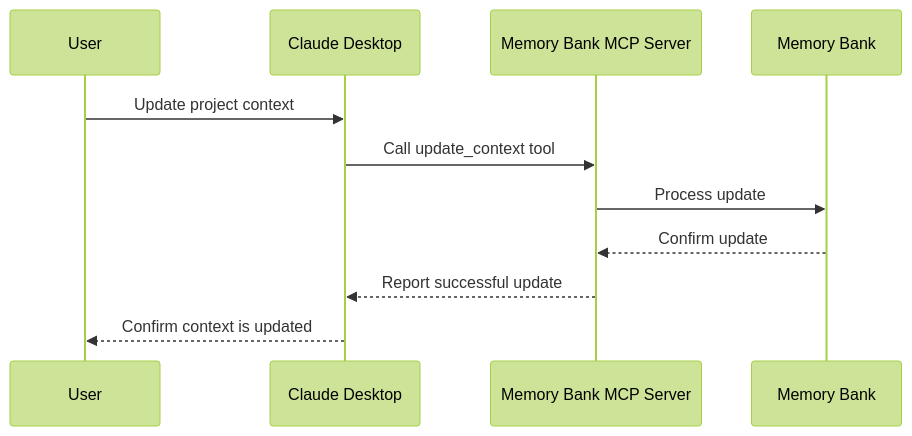
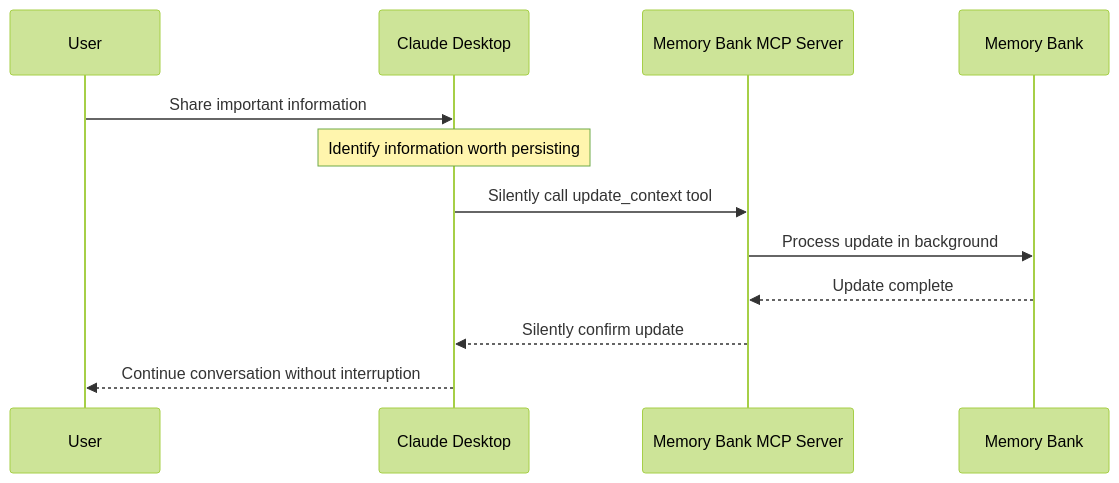
The ninth of 9 diagrams in doc/mcp-design.md (philippe-guerit/claude-desktop-memory-bank), drawn with Mermaid (forest theme) before and after one commit. The commit also changed other lines of this file and 4 other files, not shown here.

````diff
--- a/doc/mcp-design.md
+++ b/doc/mcp-design.md
@@ -264,14 +273,15 @@
 ```mermaid
 sequenceDiagram
     participant User
     participant CD as Claude Desktop
     participant MCP as Memory Bank MCP Server
     participant MB as Memory Bank
     
-    User->>CD: Update project context
-    CD->>MCP: Call update_context tool
-    MCP->>MB: Process update
-    MB-->>MCP: Confirm update
-    MCP-->>CD: Report successful update
-    CD-->>User: Confirm context is updated
+    User->>CD: Share important information
+    Note over CD: Identify information worth persisting
+    CD->>MCP: Silently call update_context tool
+    MCP->>MB: Process update in background
+    MB-->>MCP: Update complete
+    MCP-->>CD: Silently confirm update
+    CD-->>User: Continue conversation without interruption
 ```
````
